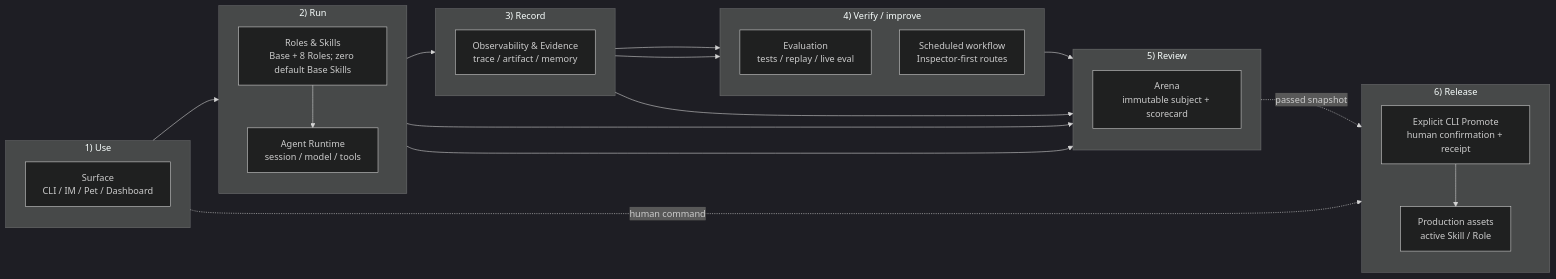
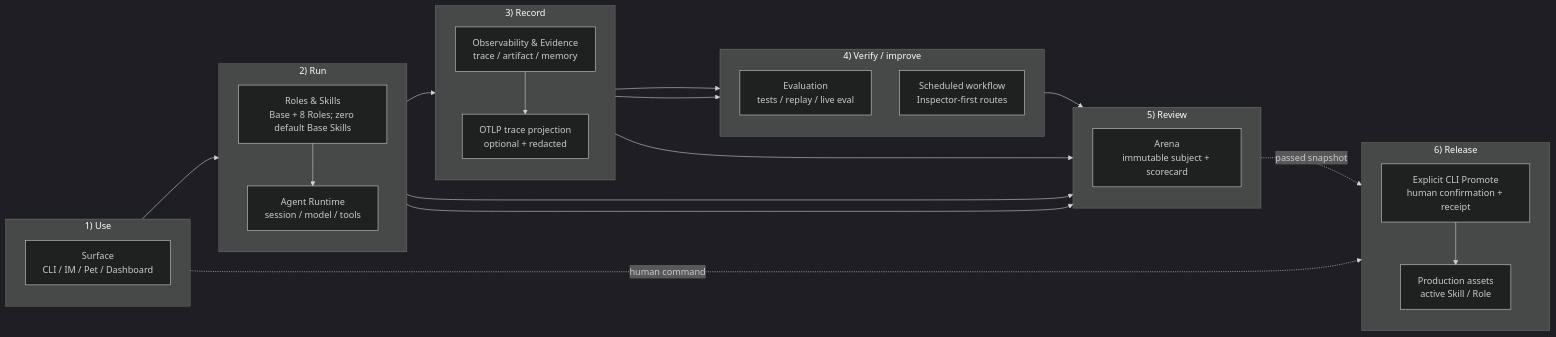
One commit to fightheyyy/XiaoBa-CLI changed the first of 3 diagrams in docs/SPEC.md. Above: the diagram before and after it, drawn with Mermaid (dark theme). The commit also changed other lines of this file and 18 other files, not shown here.

Commit message:
add optional OTLP trace export

````diff
--- a/docs/SPEC.md
+++ b/docs/SPEC.md
@@ -62,43 +62,45 @@
 ```mermaid
 flowchart LR
     subgraph Use["1) Use"]
         direction TB
         Surface["Surface<br/>CLI / IM / Pet / Dashboard"]
     end
     subgraph Run["2) Run"]
         direction TB
         Runtime["Agent Runtime<br/>session / model / tools"]
         Policy["Roles & Skills<br/>Base + 8 Roles; zero default Base Skills"]
     end
     subgraph Facts["3) Record"]
         direction TB
         Evidence["Observability & Evidence<br/>trace / artifact / memory"]
+        Otel["OTLP trace projection<br/>optional + redacted"]
     end
     subgraph Learn["4) Verify / improve"]
         direction TB
         Evaluation["Evaluation<br/>tests / replay / live eval"]
         Improve["Scheduled workflow<br/>Inspector-first routes"]
     end
     subgraph Review["5) Review"]
         direction TB
         Arena["Arena<br/>immutable subject + scorecard"]
     end
     subgraph Release["6) Release"]
         direction TB
         Promote["Explicit CLI Promote<br/>human confirmation + receipt"]
         Production["Production assets<br/>active Skill / Role"]
         Promote --> Production
     end
 
     Surface --> Runtime
     Policy --> Runtime
     Runtime --> Evidence
+    Evidence --> Otel
     Evidence --> Evaluation
     Evidence --> Improve
     Runtime --> Arena
     Policy --> Arena
     Evidence --> Arena
     Improve --> Arena
     Arena -. "passed snapshot" .-> Promote
     Surface -. "human command" .-> Promote
 ```
````
